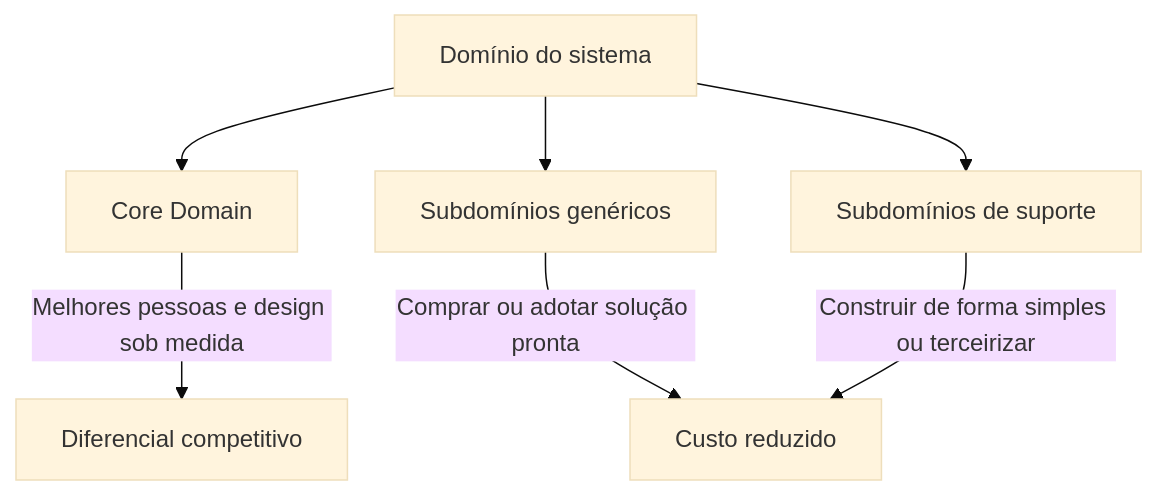
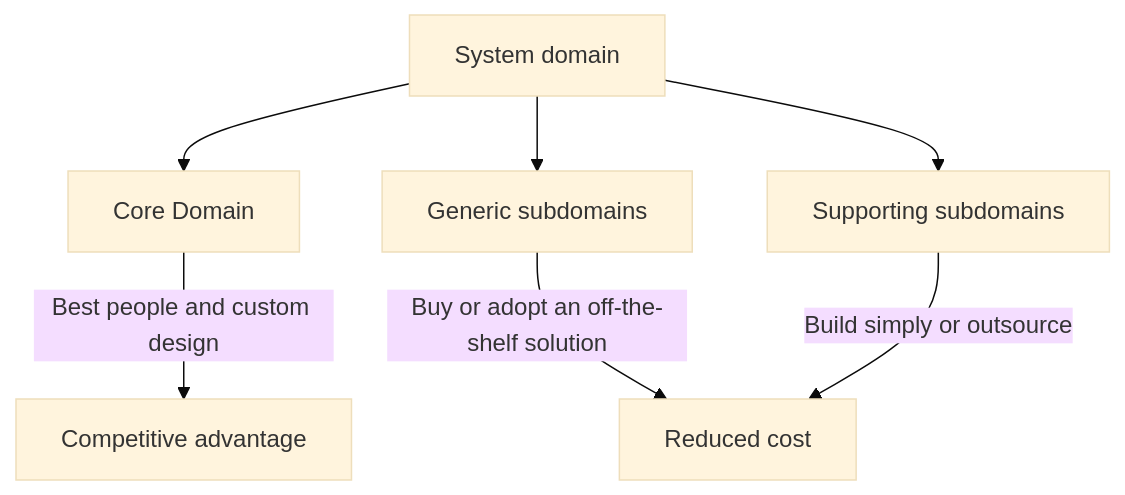
Before and after one commit to alancesar/design-patterns: the diagram in docs/application/ddd/distillation/core-domain.md, drawn with Mermaid (base theme). The commit also changed 258 other files, not shown here.

First line of the commit message:
Translate Mermaid diagrams to English

````diff
--- a/docs/application/ddd/distillation/core-domain.md
+++ b/docs/application/ddd/distillation/core-domain.md
@@ -56,9 +56,9 @@
 ```mermaid
 flowchart TD
-    A["Domínio do sistema"] --> B["Core Domain"]
-    A --> C["Subdomínios genéricos"]
-    A --> D["Subdomínios de suporte"]
-    B -->|"Melhores pessoas e design sob medida"| E["Diferencial competitivo"]
-    C -->|"Comprar ou adotar solução pronta"| F["Custo reduzido"]
-    D -->|"Construir de forma simples ou terceirizar"| F
+    A["System domain"] --> B["Core Domain"]
+    A --> C["Generic subdomains"]
+    A --> D["Supporting subdomains"]
+    B -->|"Best people and custom design"| E["Competitive advantage"]
+    C -->|"Buy or adopt an off-the-shelf solution"| F["Reduced cost"]
+    D -->|"Build simply or outsource"| F
 ```
````
